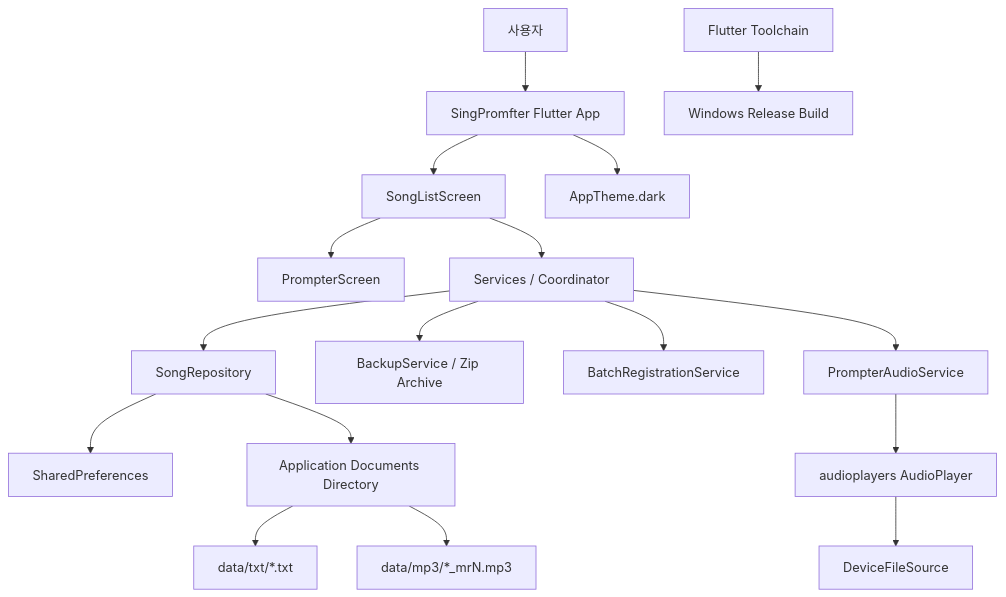
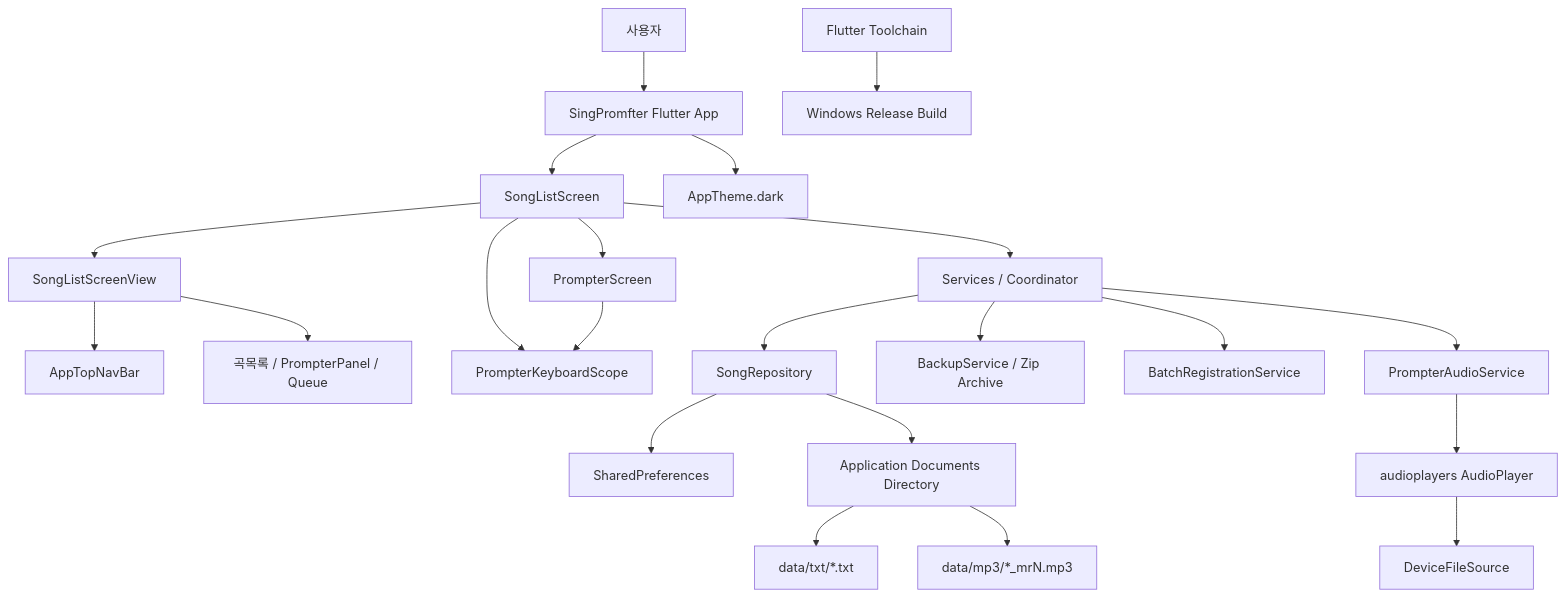
Before and after one commit to kuroicode-beep/SingPromfter: the diagram in docs/outline-wiki/singpromfter-architecture.md, drawn with Mermaid. The commit also changed other lines of this file and 6 other files, not shown here.

````diff
--- a/docs/outline-wiki/singpromfter-architecture.md
+++ b/docs/outline-wiki/singpromfter-architecture.md
@@ -13,19 +13,24 @@
 ```mermaid
 flowchart TD
   User["사용자"] --> App["SingPromfter Flutter App"]
   App --> Main["SongListScreen"]
+  Main --> View["SongListScreenView"]
+  View --> TopNav["AppTopNavBar"]
+  View --> Panels["곡목록 / PrompterPanel / Queue"]
+  Main --> Keyboard["PrompterKeyboardScope"]
   Main --> Prompter["PrompterScreen"]
+  Prompter --> Keyboard
   Main --> Services["Services / Coordinator"]
   Services --> Repo["SongRepository"]
   Repo --> Prefs["SharedPreferences"]
   Repo --> Docs["Application Documents Directory"]
   Docs --> Txt["data/txt/*.txt"]
   Docs --> Mp3["data/mp3/*_mrN.mp3"]
   Services --> Backup["BackupService / Zip Archive"]
   Services --> Batch["BatchRegistrationService"]
   Services --> Audio["PrompterAudioService"]
   Audio --> Player["audioplayers AudioPlayer"]
   Player --> DeviceFile["DeviceFileSource"]
   App --> Theme["AppTheme.dark"]
   Flutter["Flutter Toolchain"] --> Builds["Windows Release Build"]
 ```
````
